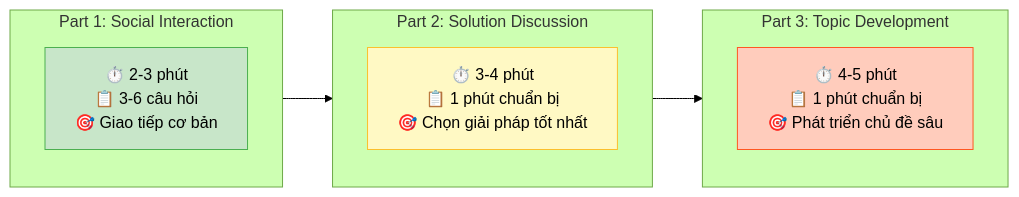
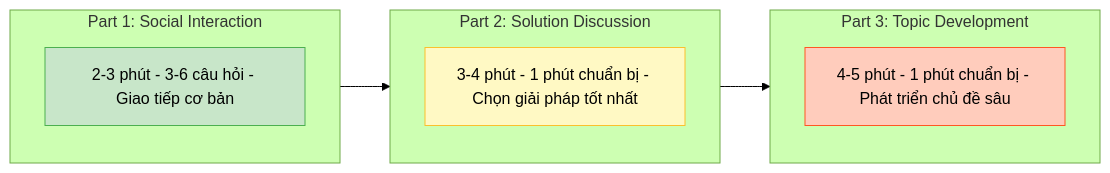
The second of 2 diagrams in docs/05-speaking/format.md (nghyane/VSTEP), drawn with Mermaid (forest theme) before and after one commit. The commit also changed other lines of this file and 3 other files, not shown here.

First line of the commit message:
Fix docs: chuẩn hóa format theo nguồn chính thức, sửa diagram

````diff
--- a/docs/05-speaking/format.md
+++ b/docs/05-speaking/format.md
@@ -45,20 +41,16 @@
 ```mermaid
 flowchart LR
     subgraph Part1["Part 1: Social Interaction"]
-        P1T["⏱️ 2-3 phút<br/>📋 3-6 câu hỏi<br/>🎯 Giao tiếp cơ bản"]
+        P1T["2-3 phút - 3-6 câu hỏi - Giao tiếp cơ bản"]
     end
-    
     subgraph Part2["Part 2: Solution Discussion"]
-        P2T["⏱️ 3-4 phút<br/>📋 1 phút chuẩn bị<br/>🎯 Chọn giải pháp tốt nhất"]
+        P2T["3-4 phút - 1 phút chuẩn bị - Chọn giải pháp tốt nhất"]
     end
-    
     subgraph Part3["Part 3: Topic Development"]
-        P3T["⏱️ 4-5 phút<br/>📋 1 phút chuẩn bị<br/>🎯 Phát triển chủ đề sâu"]
+        P3T["4-5 phút - 1 phút chuẩn bị - Phát triển chủ đề sâu"]
     end
-    
     Part1 --> Part2 --> Part3
-    
     style P1T fill:#c8e6c9,stroke:#4caf50
     style P2T fill:#fff9c4,stroke:#fbc02d
     style P3T fill:#ffccbc,stroke:#ff5722
 ```
````
